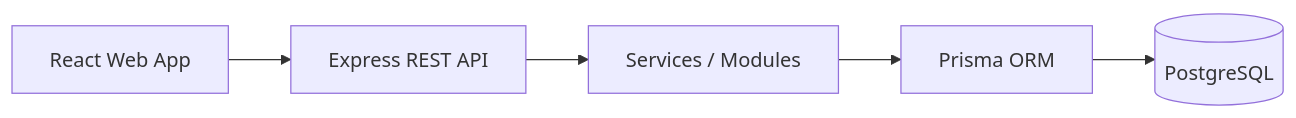
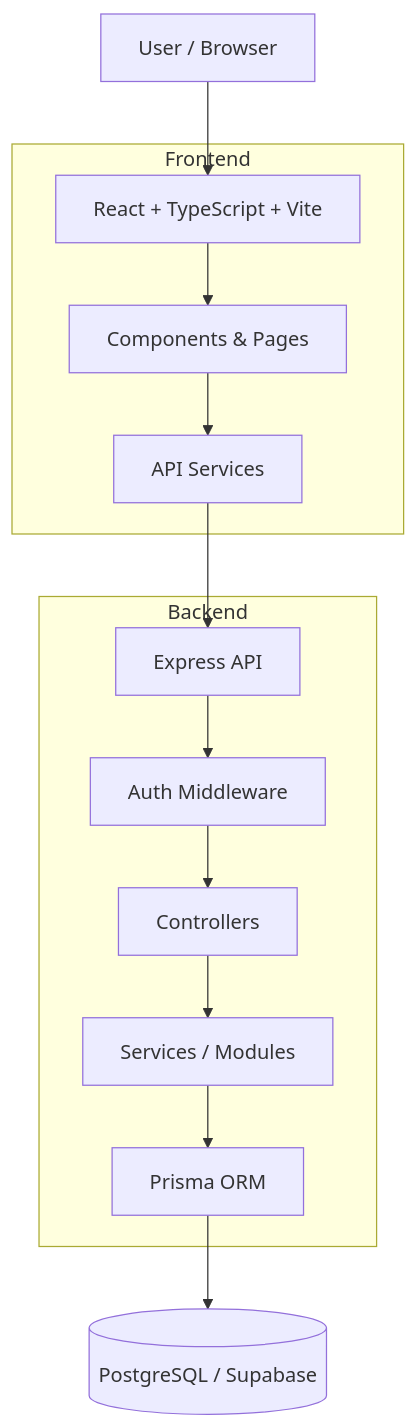
One commit to GaliAkshatha/suzume changed the first of 2 diagrams in README.md. Above: the diagram before and after it, drawn with Mermaid. The commit also changed other lines of this file, not shown here.

````diff
--- a/README.md
+++ b/README.md
@@ -58,7 +57,27 @@
 ```mermaid
-flowchart LR
-    A[React Web App] --> B[Express REST API]
-    B --> C[Services / Modules]
-    C --> D[Prisma ORM]
-    D --> E[(PostgreSQL)]
+flowchart TB
+    U[User / Browser]
+
+    subgraph WEB[Frontend]
+        R[React + TypeScript + Vite]
+        C[Components & Pages]
+        S[API Services]
+        R --> C --> S
+    end
+
+    subgraph API[Backend]
+        E[Express API]
+        M[Auth Middleware]
+        CT[Controllers]
+        SV[Services / Modules]
+        P[Prisma ORM]
+
+        E --> M --> CT --> SV --> P
+    end
+
+    DB[(PostgreSQL / Supabase)]
+
+    U --> R
+    S --> E
+    P --> DB
 ```
````
